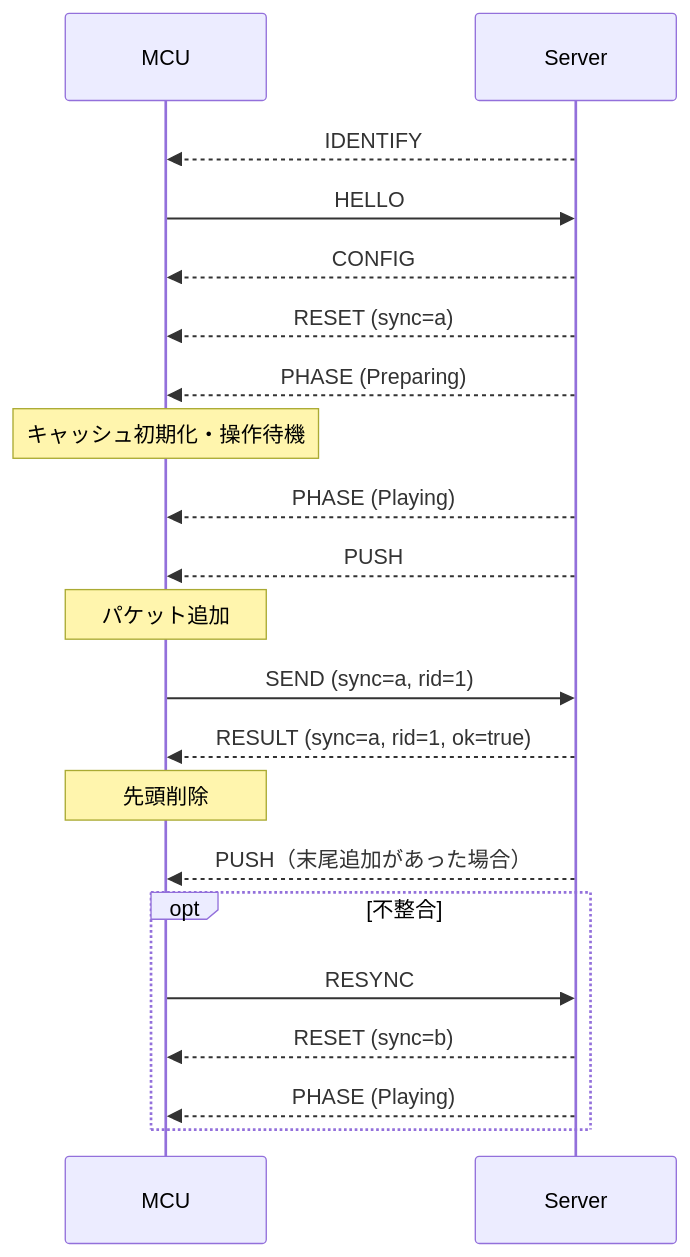
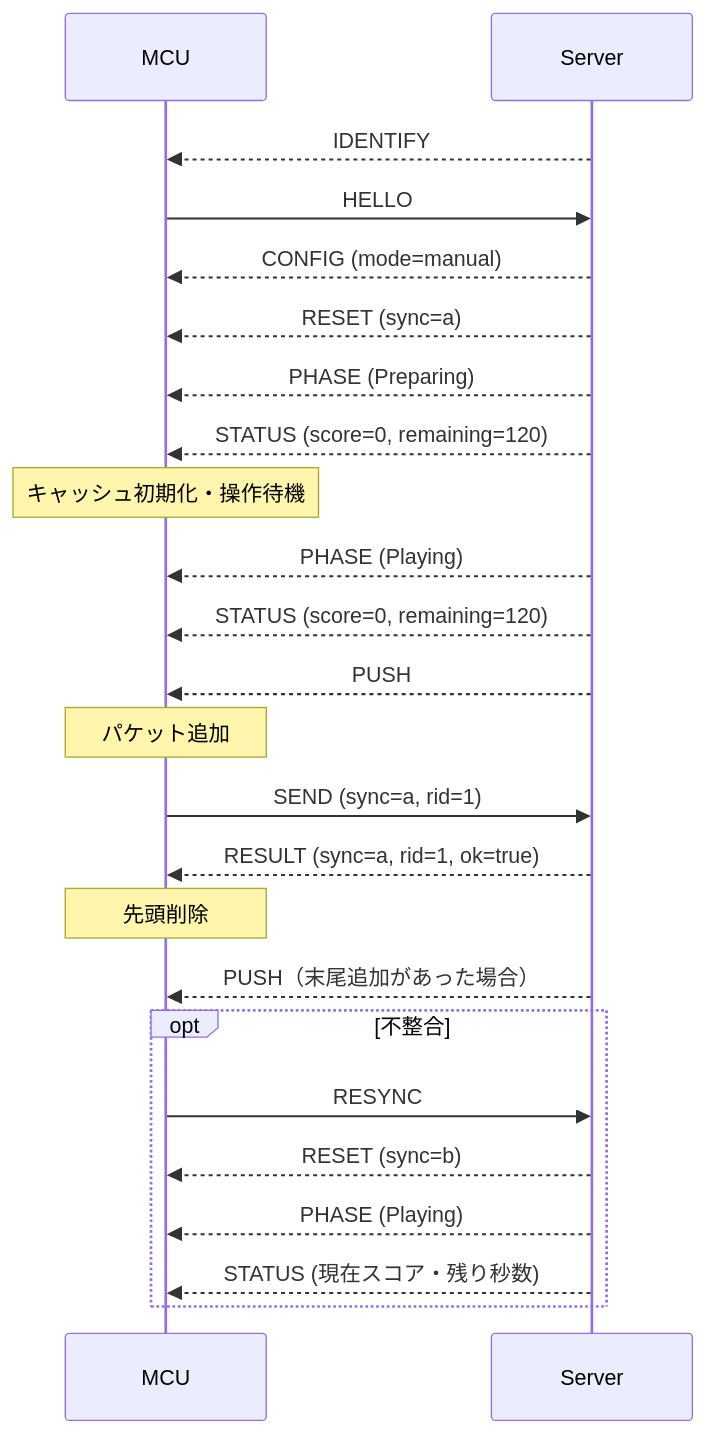
Before and after one commit to canta-9142/D4_Exhi: the diagram in docs/spec/player.md, drawn with Mermaid. The commit also changed other lines of this file and 2 other files, not shown here.

````diff
--- a/docs/spec/player.md
+++ b/docs/spec/player.md
@@ -204,23 +246,26 @@
 ```mermaid
 sequenceDiagram
     participant M as MCU
     participant S as Server
     S-->>M: IDENTIFY
     M->>S: HELLO
-    S-->>M: CONFIG
+    S-->>M: CONFIG (mode=manual)
     S-->>M: RESET (sync=a)
     S-->>M: PHASE (Preparing)
+    S-->>M: STATUS (score=0, remaining=120)
     Note over M: キャッシュ初期化・操作待機
     S-->>M: PHASE (Playing)
+    S-->>M: STATUS (score=0, remaining=120)
     S-->>M: PUSH
     Note over M: パケット追加
     M->>S: SEND (sync=a, rid=1)
     S-->>M: RESULT (sync=a, rid=1, ok=true)
     Note over M: 先頭削除
     S-->>M: PUSH（末尾追加があった場合）
     opt 不整合
         M->>S: RESYNC
         S-->>M: RESET (sync=b)
         S-->>M: PHASE (Playing)
+        S-->>M: STATUS (現在スコア・残り秒数)
     end
 ```
````
